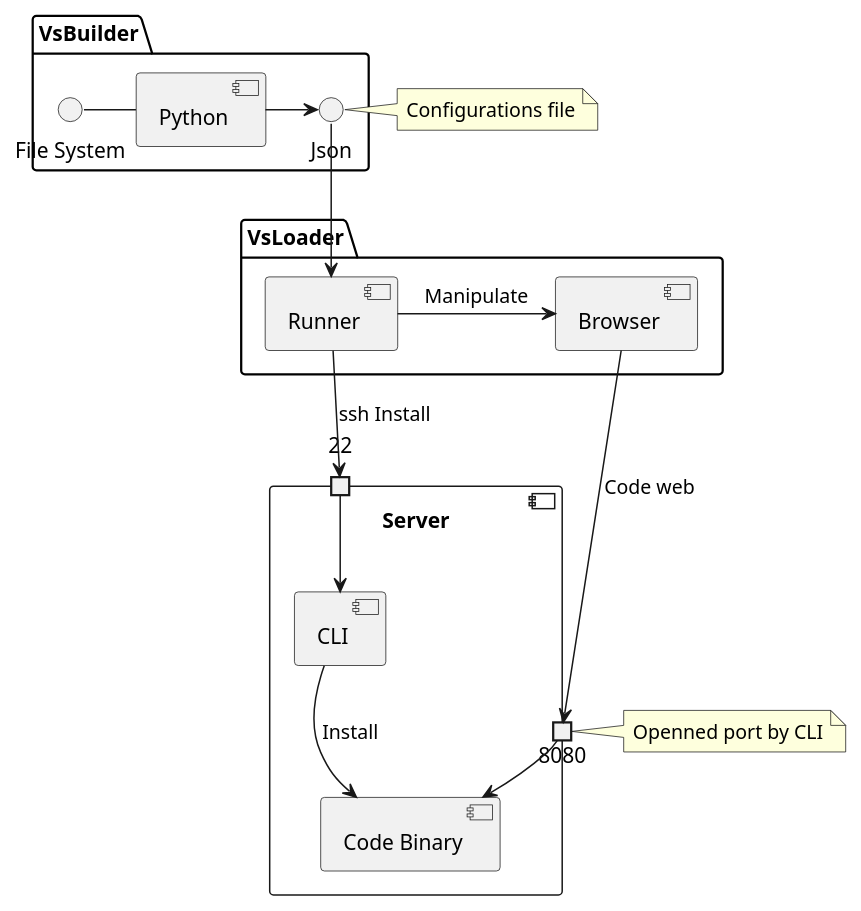
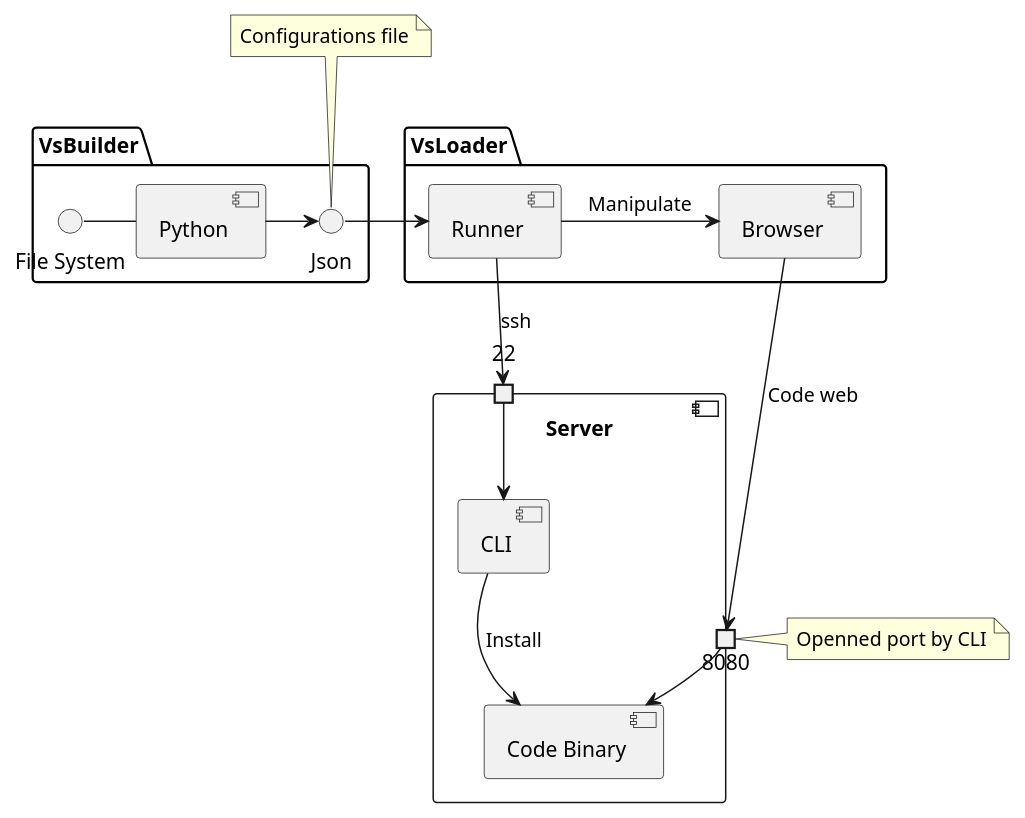
One commit to StevenSermeus/vsloader changed the diagram in rapport/diagramms/components.plantuml. Above: the diagram before and after it, drawn with PlantUML. The commit also changed 3 other files, not shown here.

Commit message:
Diagramms

```diff
--- a/rapport/diagramms/components.plantuml
+++ b/rapport/diagramms/components.plantuml
@@ -1,39 +1,41 @@
 @startuml "Component"
 
 
 package VsBuilder{
   "File System" - [Python]
   [Python] -> "Json"
 }
 
 
 
 package VsLoader{
-  "Json" --> [Runner]
+  "Json" -left-> [Runner]
   [Browser]
   [Runner]
   Runner -> Browser : Manipulate
 }
 
 
 component Server{
   [CLI] --> [Code Binary] : Install
   portin 22
   portout 8080
 }
 
 22 -> CLI
 
-Runner --> 22: ssh Install
+Runner --> 22: ssh
 Browser --> 8080: Code web
 8080 --> [Code Binary]
 
 note left of 8080
   Openned port by CLI
 end note
 
-note left of Json
+note as JsonNote
   Configurations file
 end note
 
+JsonNote .. Json
+
 @enduml
```
